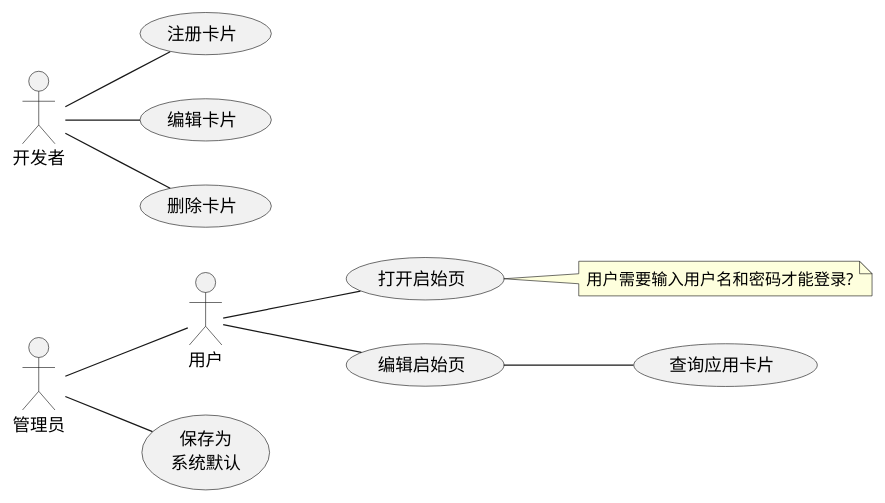
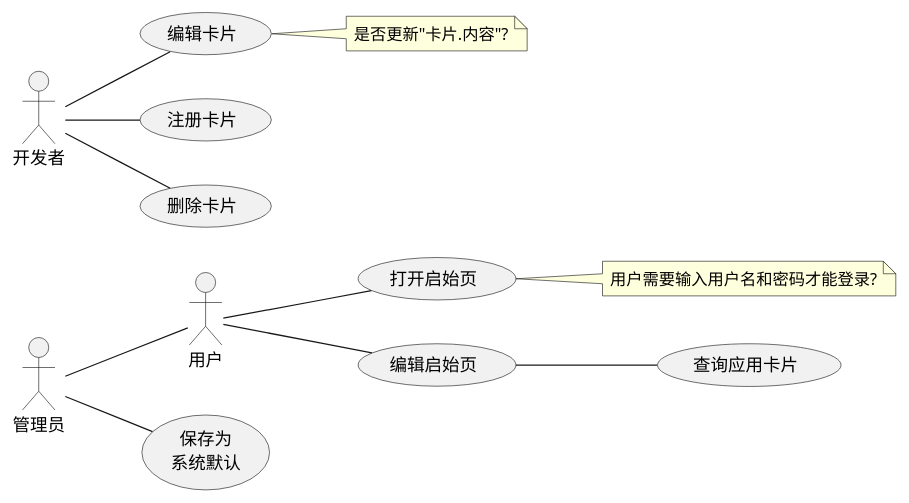
One commit to liuxd6825/dapr-go-ddd-sdk changed the diagram in app/domain/sys/xuml-card/usercase.puml. Above: the diagram before and after it, drawn with PlantUML.

Commit message:
card管理系统设计

```diff
--- a/app/domain/sys/xuml-card/usercase.puml
+++ b/app/domain/sys/xuml-card/usercase.puml
@@ -1,24 +1,25 @@
 @startuml
 left to right direction
 
 actor "用户" as  user
 actor "管理员" as admin
 actor "开发者" as dev
 
 usecase "打开启始页" as openPageUC
 usecase "编辑启始页" as editPageUC
 usecase "查询应用卡片" as findAppCard
 
 user -- openPageUC
 user -- editPageUC
 editPageUC -- findAppCard
 admin -- (保存为\n系统默认)
 
+usecase "编辑卡片" as editCard
 dev -- (注册卡片)
-dev -- (编辑卡片)
+dev -- editCard
 dev -- (删除卡片)
 admin -- user
 
-
+note right of editCard: 是否更新"卡片.内容"?
 note right of openPageUC: 用户需要输入用户名和密码才能登录?
 @enduml
```
